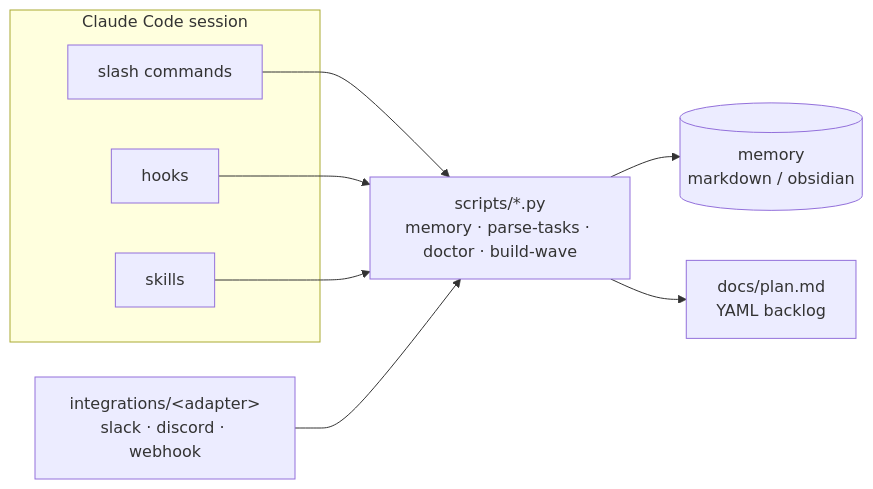
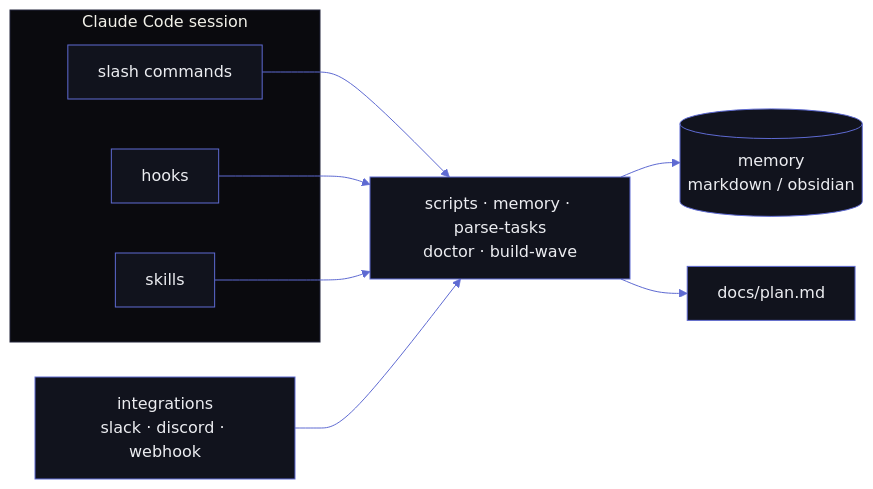
One commit to sohams25/iris changed the first of 2 diagrams in README.md. Above: the diagram before and after it, drawn with Mermaid. The commit also changed other lines of this file and 1 other file, not shown here.

````diff
--- a/README.md
+++ b/README.md
@@ -31,15 +23,16 @@
 ```mermaid
+%%{init: {'theme':'base','themeVariables':{'background':'#050506','primaryColor':'#11131d','primaryTextColor':'#ECEDF1','primaryBorderColor':'#5E6AD2','secondaryColor':'#0d0e16','tertiaryColor':'#0d0e16','lineColor':'#5E6AD2','textColor':'#9aa1b8','fontFamily':'ui-monospace, monospace','clusterBkg':'#0a0a0e','clusterBorder':'#23253a'}}}%%
 flowchart LR
-    subgraph session["Claude Code session"]
+    subgraph session[" Claude Code session "]
         cmds["slash commands"]
         hooks["hooks"]
         skills["skills"]
     end
-    cmds --> scripts
-    hooks --> scripts
-    skills --> scripts
-    scripts["scripts/*.py<br/>memory · parse-tasks · doctor · build-wave"]
-    scripts --> mem[("memory<br/>markdown / obsidian")]
-    scripts --> plan["docs/plan.md<br/>YAML backlog"]
-    adapters["integrations/&lt;adapter&gt;<br/>slack · discord · webhook"] --> scripts
+    cmds --> core
+    hooks --> core
+    skills --> core
+    core["scripts · memory · parse-tasks<br/>doctor · build-wave"]
+    core --> mem[("memory<br/>markdown / obsidian")]
+    core --> plan["docs/plan.md"]
+    adapters["integrations<br/>slack · discord · webhook"] --> core
 ```
````
